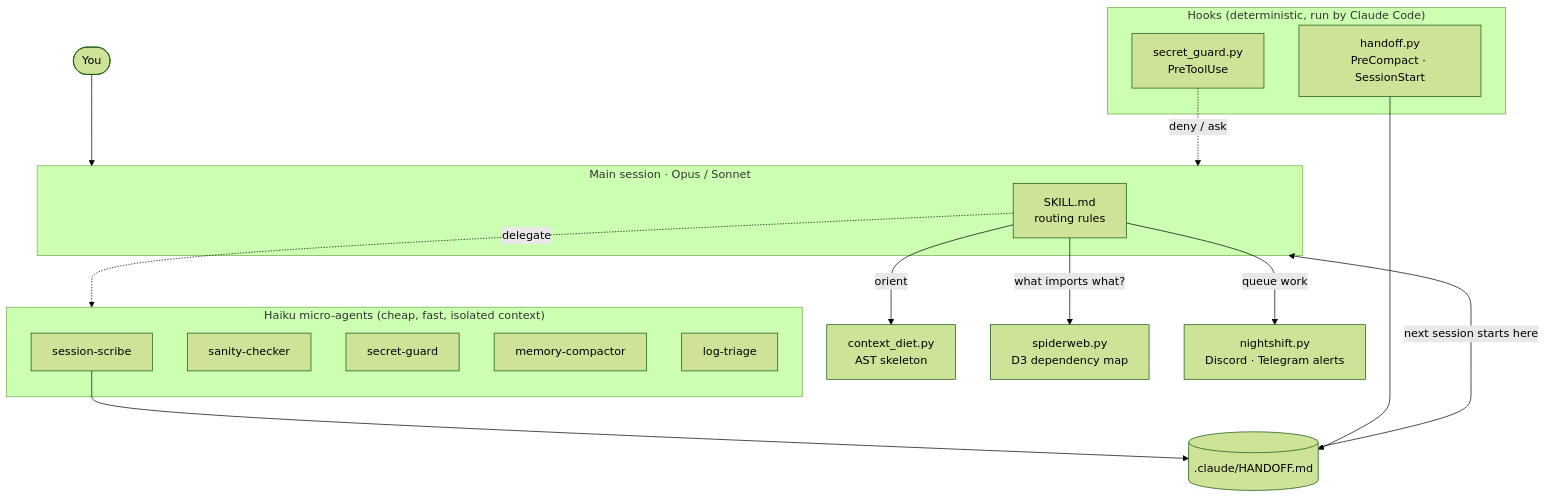
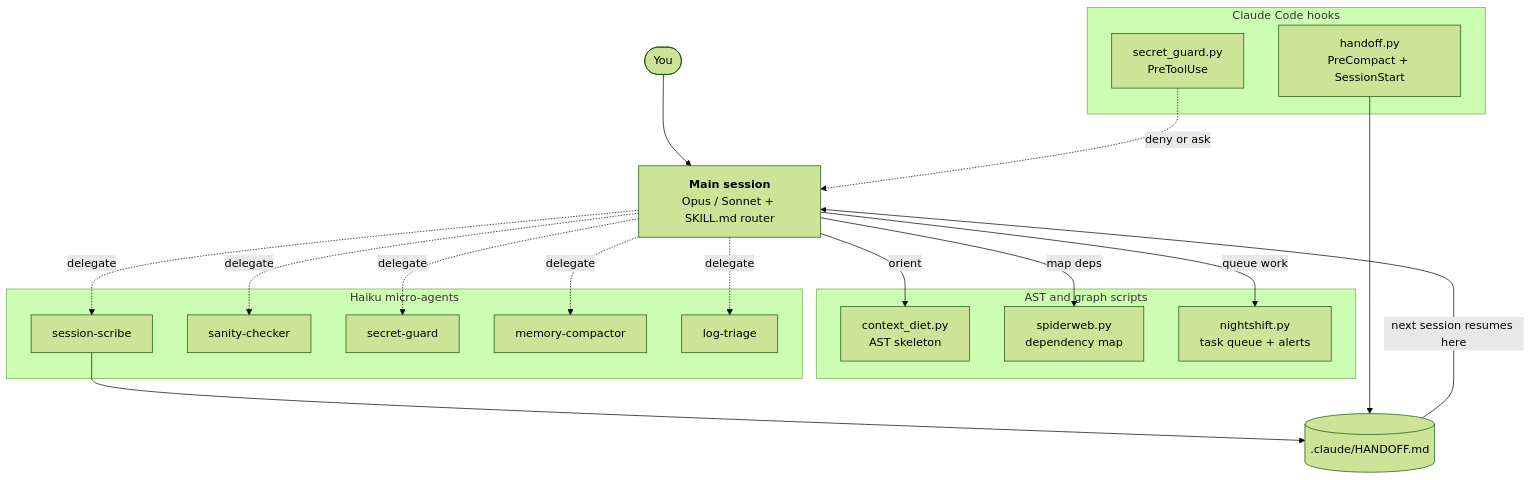
Before and after one commit to Eminn59/claude-sentinel-suite: the diagram in README.md, drawn with Mermaid (forest theme).

Commit message:
fix(docs): simplify architecture diagram so GitHub's Mermaid renderer accepts it

````diff
--- a/README.md
+++ b/README.md
@@ -61,30 +61,32 @@
 ```mermaid
 flowchart TB
-    you([You]) --> main
-    subgraph main["Main session · Opus / Sonnet"]
-        router["SKILL.md<br/>routing rules"]
+    you([You]) --> orch["<b>Main session</b><br/>Opus / Sonnet + SKILL.md router"]
+
+    subgraph scripts [AST and graph scripts]
+        diet["context_diet.py<br/>AST skeleton"]
+        web["spiderweb.py<br/>dependency map"]
+        night["nightshift.py<br/>task queue + alerts"]
     end
 
-    router -->|orient| diet["context_diet.py<br/>AST skeleton"]
-    router -->|"what imports what?"| web["spiderweb.py<br/>D3 dependency map"]
-    router -->|queue work| night["nightshift.py<br/>Discord · Telegram alerts"]
-
-    router -. delegate .-> haiku
-    subgraph haiku["Haiku micro-agents (cheap, fast, isolated context)"]
+    subgraph haiku [Haiku micro-agents]
         scribe[session-scribe]
         sanity[sanity-checker]
-        guardA[secret-guard]
+        sguard[secret-guard]
         compact[memory-compactor]
         triage[log-triage]
     end
 
-    subgraph hooks["Hooks (deterministic, run by Claude Code)"]
-        guardH["secret_guard.py<br/>PreToolUse"]
-        handoff["handoff.py<br/>PreCompact · SessionStart"]
+    subgraph hooks [Claude Code hooks]
+        guard["secret_guard.py<br/>PreToolUse"]
+        handoff["handoff.py<br/>PreCompact + SessionStart"]
     end
 
+    orch -->|orient| diet
+    orch -->|map deps| web
+    orch -->|queue work| night
+    orch -.->|delegate| scribe & sanity & sguard & compact & triage
+    guard -.->|deny or ask| orch
     scribe --> file[(".claude/HANDOFF.md")]
     handoff --> file
-    file -->|next session starts here| main
-    guardH -. "deny / ask" .-> main
+    file -->|next session resumes here| orch
 ```
````
